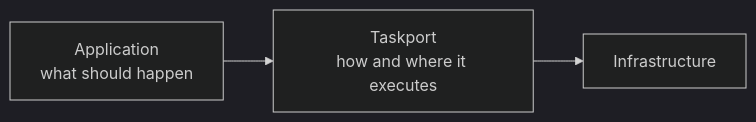
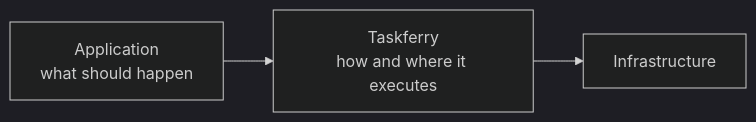
Before and after one commit to xiidigital/taskferry: the first of 2 diagrams in docs/family/composition.md, drawn with Mermaid (dark theme). The commit also changed other lines of this file and 424 other files, not shown here.

First line of the commit message:
refactor: rebrand taskport to taskferry across all distributions

````diff
--- a/docs/family/composition.md
+++ b/docs/family/composition.md
@@ -9,8 +9,8 @@
 ```mermaid
 flowchart LR
     APP["Application<br/>what should happen"]
-    TP["Taskport<br/>how and where it executes"]
+    TP["Taskferry<br/>how and where it executes"]
     INFRA["Infrastructure"]
 
     APP --> TP --> INFRA
 ```
````
